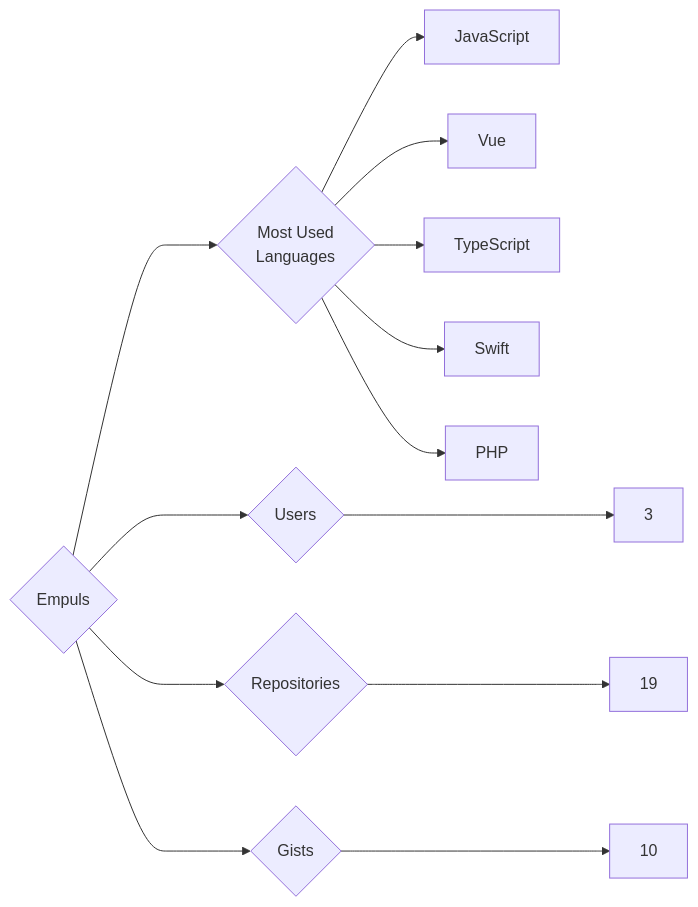
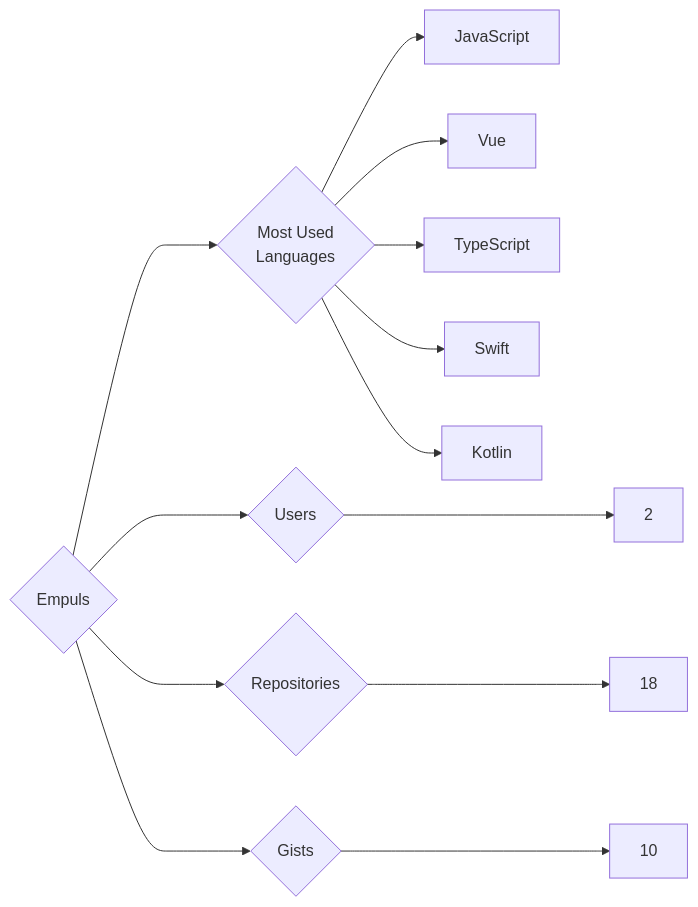
Before and after one commit to trickest/insiders: the diagram in targets/Empuls/README.md, drawn with Mermaid. The commit also changed 814 other files, not shown here.

````diff
--- a/targets/Empuls/README.md
+++ b/targets/Empuls/README.md
@@ -3,13 +3,13 @@
 ```mermaid
 graph LR
 COMPANY_NAME{Empuls}
-COMPANY_NAME ---> U{Users} ---> UN[3]
-COMPANY_NAME ---> R{Repositories} ---> RN[19]
+COMPANY_NAME ---> U{Users} ---> UN[2]
+COMPANY_NAME ---> R{Repositories} ---> RN[18]
 COMPANY_NAME ---> G{Gists} ---> GN[10]
 COMPANY_NAME ---> ML{Most Used<br>Languages}
 ML --> JavaScript[JavaScript]
 ML --> Vue[Vue]
 ML --> TypeScript[TypeScript]
 ML --> Swift[Swift]
-ML --> PHP[PHP]
+ML --> Kotlin[Kotlin]
 ```
````
